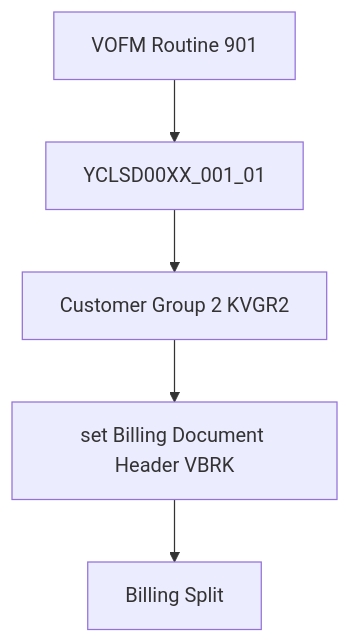
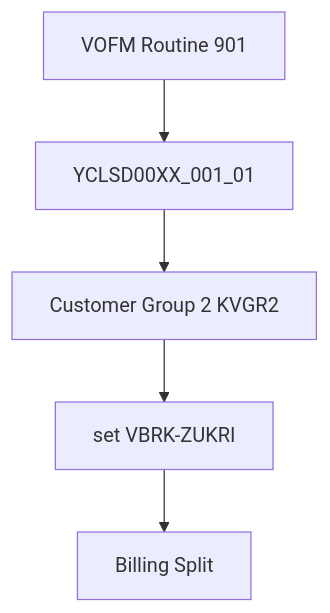
The first of 2 diagrams in sap/abap/Classical/demo1/README.md (blackif/demo), drawn with Mermaid before and after one commit. The commit also changed other lines of this file, not shown here.

Commit message:
docs: clarify 902 acceptance billing date logic

````diff
--- a/sap/abap/Classical/demo1/README.md
+++ b/sap/abap/Classical/demo1/README.md
@@ -53,7 +57,7 @@
 ```mermaid
 flowchart TD
     A1[VOFM Routine 901] --> B1[YCLSD00XX_001_01]
     B1 --> C1[Customer Group 2 KVGR2]
-    C1 --> D1[set Billing Document Header VBRK]
+    C1 --> D1[set VBRK-ZUKRI]
     D1 --> E1[Billing Split]
 ```
````
